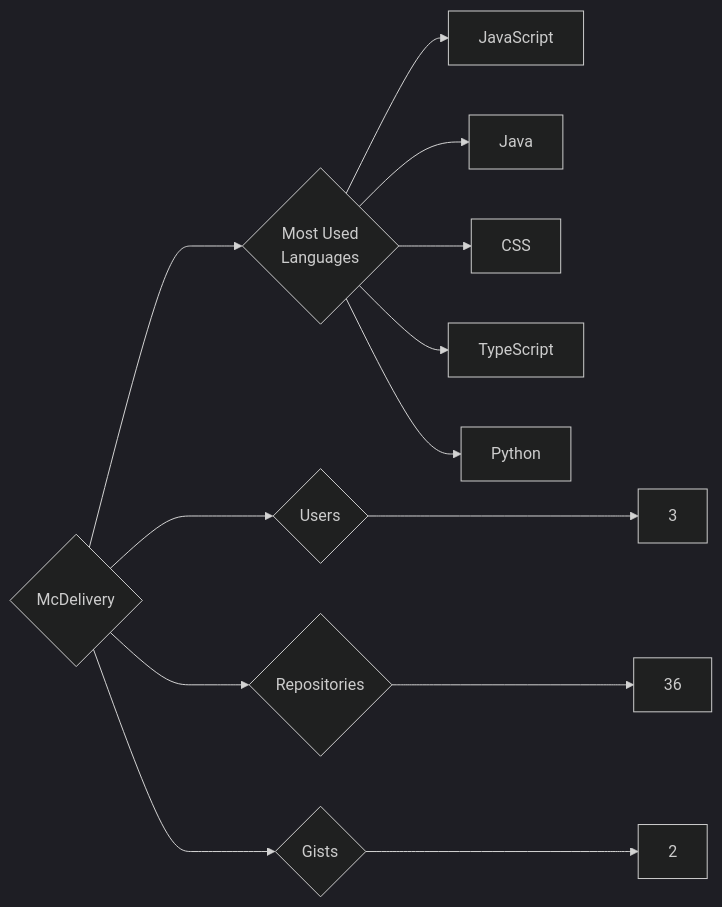
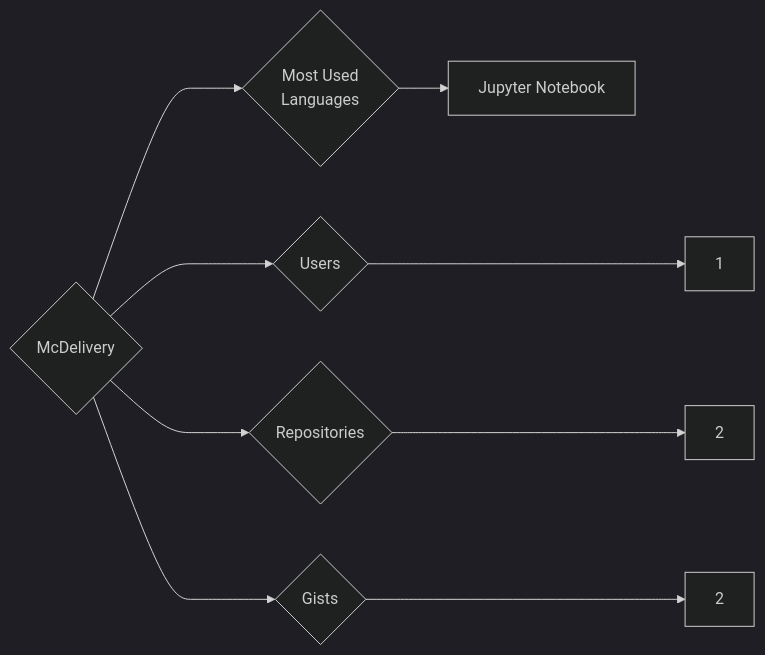
One commit to trickest/insiders changed the diagram in targets/McDelivery/README.md. Above: the diagram before and after it, drawn with Mermaid (dark theme). The commit also changed 815 other files, not shown here.

````diff
--- a/targets/McDelivery/README.md
+++ b/targets/McDelivery/README.md
@@ -3,13 +3,9 @@
 ```mermaid
 graph LR
 COMPANY_NAME{McDelivery}
-COMPANY_NAME ---> U{Users} ---> UN[3]
-COMPANY_NAME ---> R{Repositories} ---> RN[36]
+COMPANY_NAME ---> U{Users} ---> UN[1]
+COMPANY_NAME ---> R{Repositories} ---> RN[2]
 COMPANY_NAME ---> G{Gists} ---> GN[2]
 COMPANY_NAME ---> ML{Most Used<br>Languages}
-ML --> JavaScript[JavaScript]
-ML --> Java[Java]
-ML --> CSS[CSS]
-ML --> TypeScript[TypeScript]
-ML --> Python[Python]
+ML --> Jupyter_Notebook[Jupyter Notebook]
 ```
````
